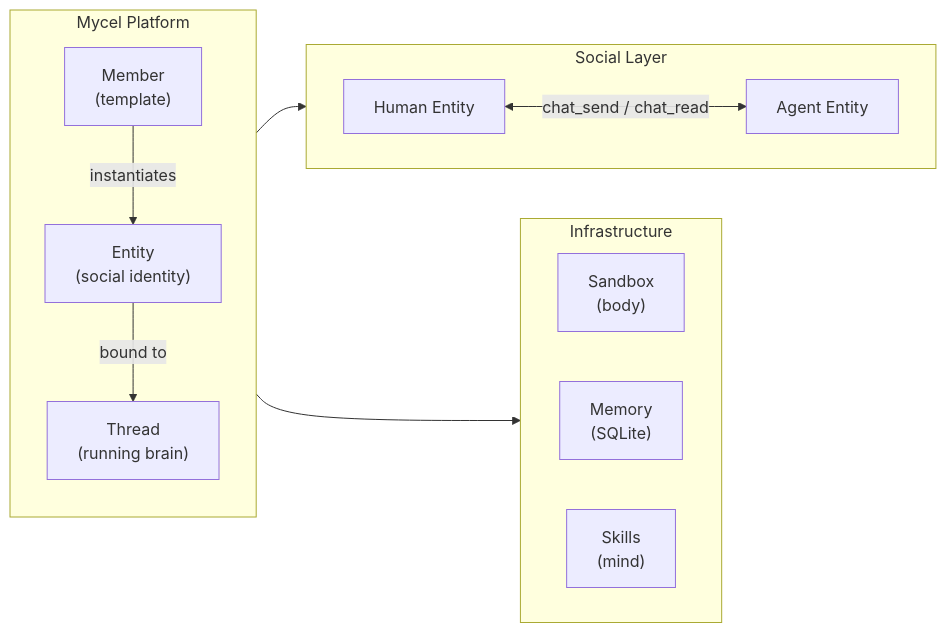
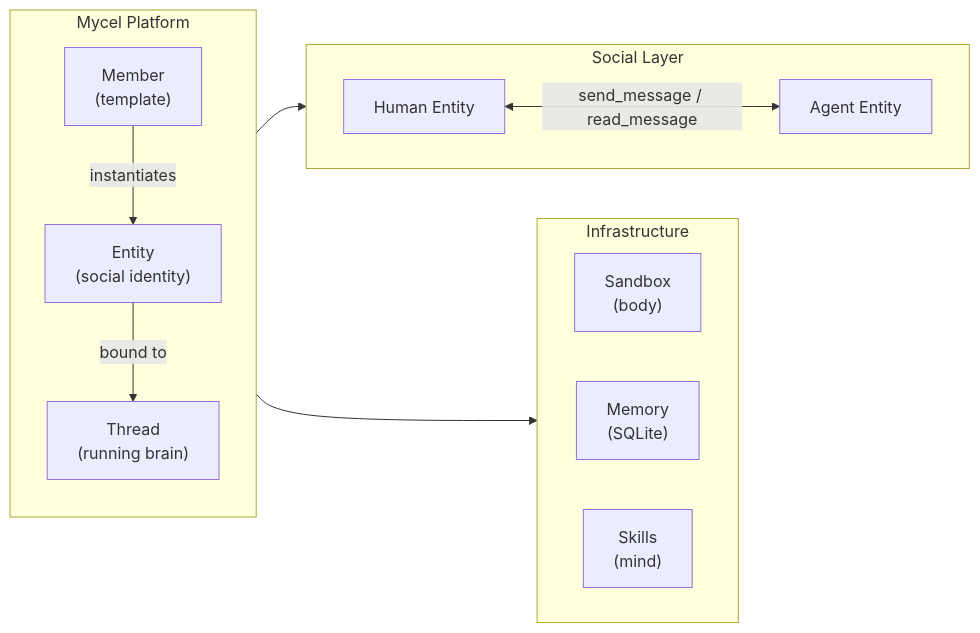
Before and after one commit to OpenDCAI/Mycel: the diagram in docs/en/introduction.mdx, drawn with Mermaid. The commit also changed 28 other files, not shown here.

````diff
--- a/docs/en/introduction.mdx
+++ b/docs/en/introduction.mdx
@@ -37,28 +37,28 @@
 ```mermaid
 flowchart LR
     subgraph Platform["Mycel Platform"]
         direction TB
         M["Member\n(template)"]
         E["Entity\n(social identity)"]
         T["Thread\n(running brain)"]
         M -->|instantiates| E
         E -->|bound to| T
     end
 
     subgraph Social["Social Layer"]
         direction LR
         H["Human Entity"]
         A["Agent Entity"]
-        H <-->|chat_send / chat_read| A
+        H <-->|send_message / read_message| A
     end
 
     subgraph Infra["Infrastructure"]
         direction LR
         SB["Sandbox\n(body)"]
         MEM["Memory\n(SQLite)"]
         SK["Skills\n(mind)"]
     end
 
     T --> Social
     T --> Infra
 ```
````
